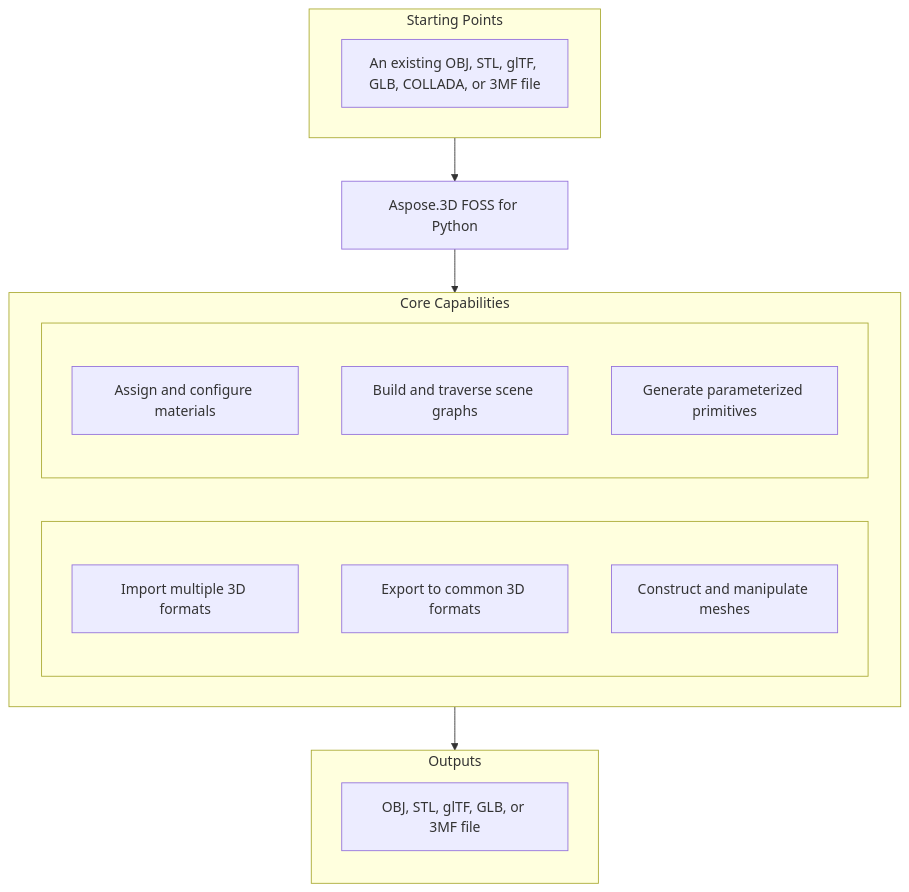
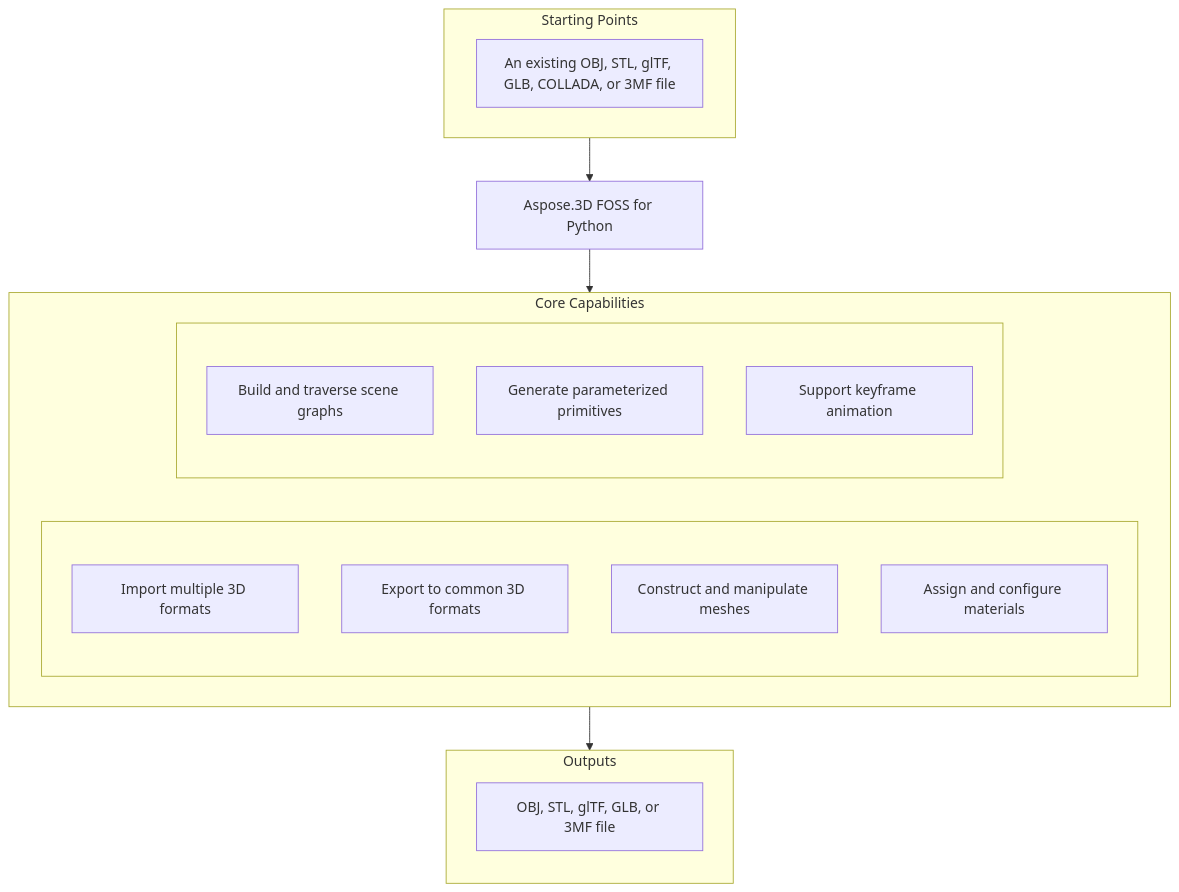
The diagram in candidates/aspose-3d-foss__Aspose.3D-FOSS-for-Python/65b1f577c0f16d0d9112bb6c1153d3024543ac02/README.md (babar-raza/repository-presenter), drawn with Mermaid before and after one commit. The commit also changed other lines of this file and 25 other files, not shown here.

````diff
--- a/candidates/aspose-3d-foss__Aspose.3D-FOSS-for-Python/65b1f577c0f16d0d9112bb6c1153d3024543ac02/README.md
+++ b/candidates/aspose-3d-foss__Aspose.3D-FOSS-for-Python/65b1f577c0f16d0d9112bb6c1153d3024543ac02/README.md
@@ -25,28 +25,29 @@
 ```mermaid
 flowchart TD
   subgraph StartingPoints["Starting Points"]
     direction LR
     i1["An existing OBJ, STL, glTF, GLB, COLLADA, or 3MF file"]
   end
   PRODUCT["Aspose.3D FOSS for Python"]
   subgraph Capabilities["Core Capabilities"]
     direction LR
     subgraph capl[" "]
       direction TB
       c1["Import multiple 3D formats"]
       c2["Export to common 3D formats"]
       c3["Construct and manipulate meshes"]
+      c4["Assign and configure materials"]
     end
     subgraph capr[" "]
       direction TB
-      c4["Assign and configure materials"]
       c5["Build and traverse scene graphs"]
       c6["Generate parameterized primitives"]
+      c7["Support keyframe animation"]
     end
   end
   subgraph Outputs["Outputs"]
     direction TB
     o1["OBJ, STL, glTF, GLB, or 3MF file"]
   end
   StartingPoints --> PRODUCT --> Capabilities --> Outputs
 ```
````
